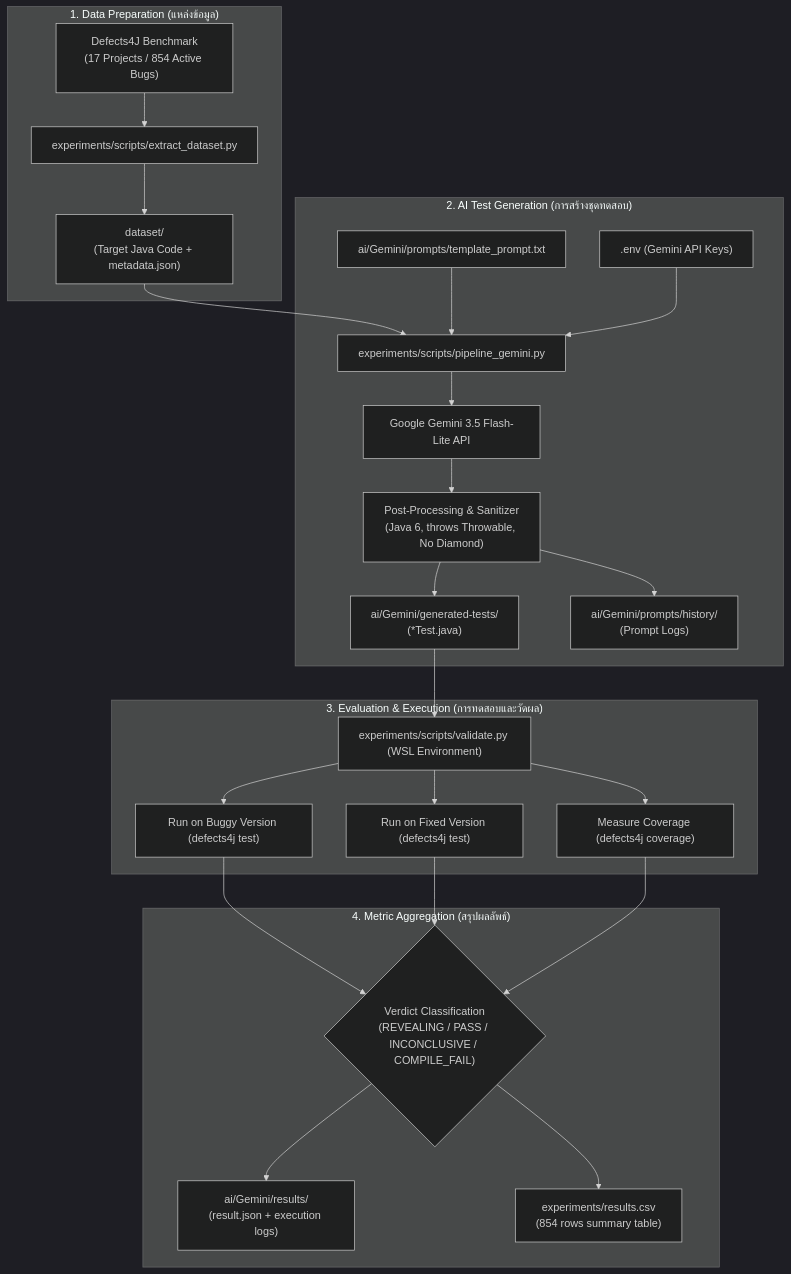
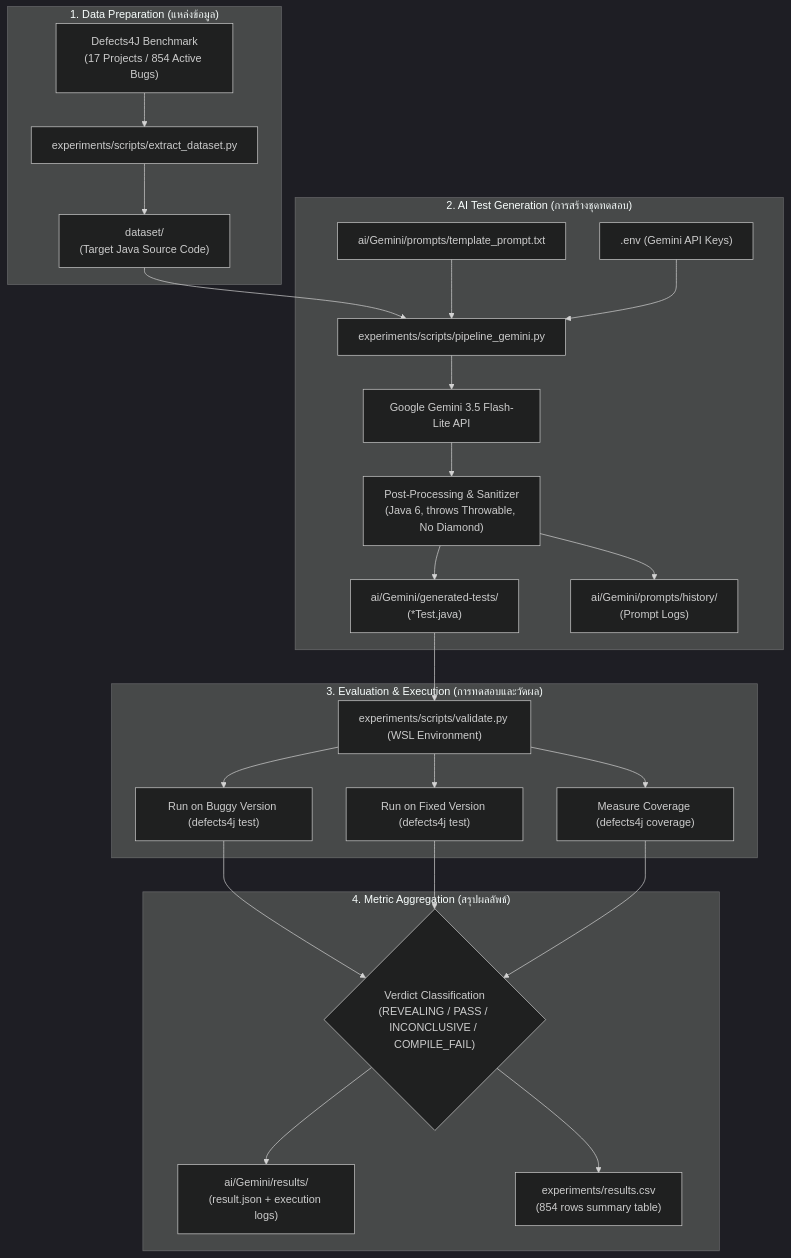
One commit to Santa1357900/SQA_Project changed the diagram in docs/PIPELINE_WORKFLOW.md. Above: the diagram before and after it, drawn with Mermaid (dark theme). The commit also changed other lines of this file and 1711 other files, not shown here.

Commit message:
clean up dataset java files and remove metadata json

````diff
--- a/docs/PIPELINE_WORKFLOW.md
+++ b/docs/PIPELINE_WORKFLOW.md
@@ -9,30 +9,30 @@
 ```mermaid
 flowchart TD
     subgraph S1 ["1. Data Preparation (แหล่งข้อมูล)"]
         D4J["Defects4J Benchmark<br/>(17 Projects / 854 Active Bugs)"] --> EXT["experiments/scripts/extract_dataset.py"]
-        EXT --> DS["dataset/<br/>(Target Java Code + metadata.json)"]
+        EXT --> DS["dataset/<br/>(Target Java Source Code)"]
     end
 
     subgraph S2 ["2. AI Test Generation (การสร้างชุดทดสอบ)"]
         DS --> PIPE["experiments/scripts/pipeline_gemini.py"]
         PRM["ai/Gemini/prompts/template_prompt.txt"] --> PIPE
         KEY[".env (Gemini API Keys)"] --> PIPE
         PIPE --> API["Google Gemini 3.5 Flash-Lite API"]
         API --> SAN["Post-Processing & Sanitizer<br/>(Java 6, throws Throwable, No Diamond)"]
         SAN --> GT["ai/Gemini/generated-tests/<br/>(*Test.java)"]
         SAN --> HIST["ai/Gemini/prompts/history/<br/>(Prompt Logs)"]
     end
 
     subgraph S3 ["3. Evaluation & Execution (การทดสอบและวัดผล)"]
         GT --> VAL["experiments/scripts/validate.py (WSL Environment)"]
         VAL --> B_RUN["Run on Buggy Version (defects4j test)"]
         VAL --> F_RUN["Run on Fixed Version (defects4j test)"]
         VAL --> COV["Measure Coverage (defects4j coverage)"]
     end
 
     subgraph S4 ["4. Metric Aggregation (สรุปผลลัพธ์)"]
         B_RUN & F_RUN & COV --> VERDICT{"Verdict Classification<br/>(REVEALING / PASS / INCONCLUSIVE / COMPILE_FAIL)"}
         VERDICT --> RES_JSON["ai/Gemini/results/<br/>(result.json + execution logs)"]
         VERDICT --> RES_CSV["experiments/results.csv<br/>(854 rows summary table)"]
     end
 ```
````
